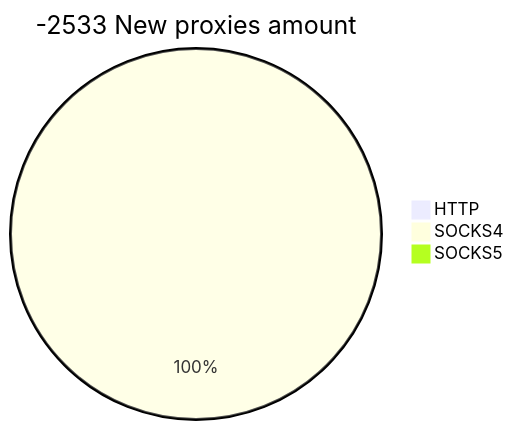
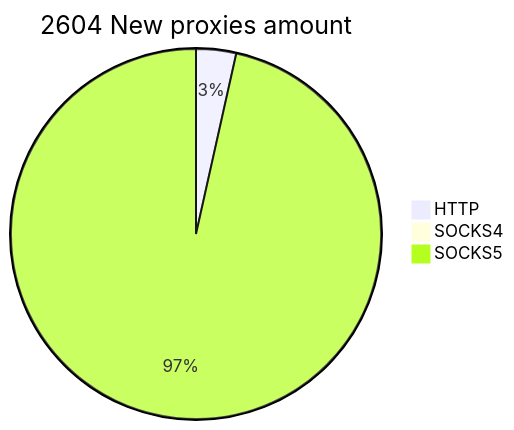
One commit to cutipu/proxylist changed the second of 2 diagrams in README.md. Above: the diagram before and after it, drawn with Mermaid. The commit also changed other lines of this file, not shown here.

````diff
--- a/README.md
+++ b/README.md
@@ -10,6 +10,6 @@
 ```mermaid
-pie title -2533 New proxies amount
-    "HTTP" : 0
-    "SOCKS4" : 3
-    "SOCKS5" : 0
+pie title 2604 New proxies amount
+    "HTTP" : 91
+    "SOCKS4" : 0
+    "SOCKS5" : 2513
 ```
````
